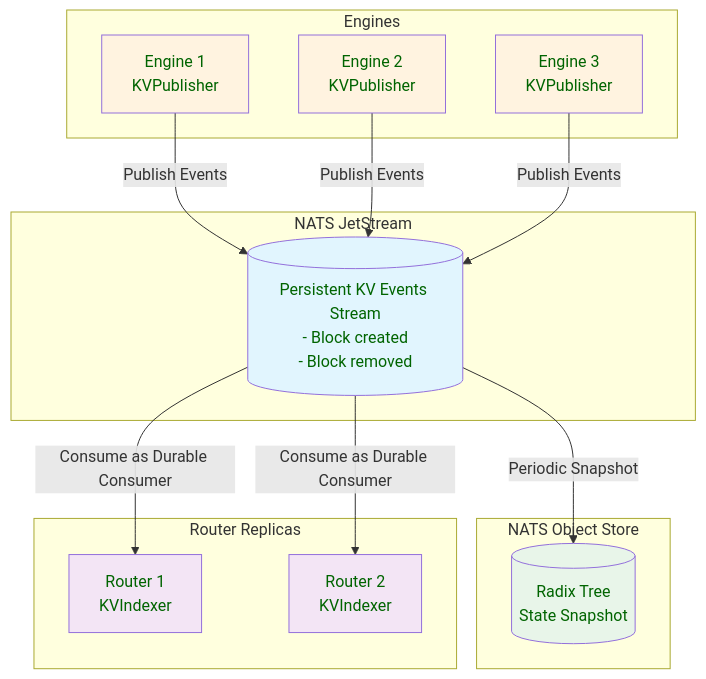
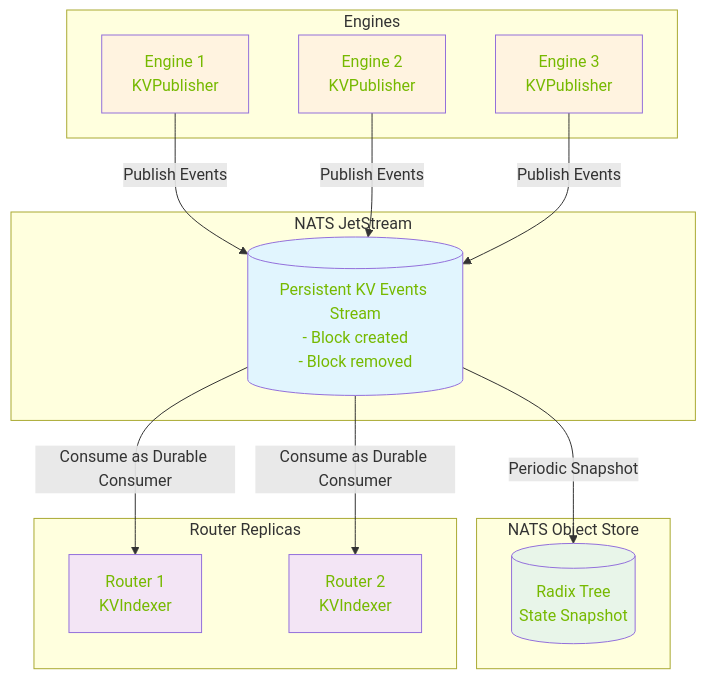
The first of 2 diagrams in docs/architecture/kv_cache_routing.md (ai-dynamo/dynamo), drawn with Mermaid before and after one commit.

Commit message:
nvidia green

````diff
--- a/docs/architecture/kv_cache_routing.md
+++ b/docs/architecture/kv_cache_routing.md
@@ -45,37 +45,37 @@
 ```mermaid
 graph TD
     subgraph Engines
         E1[Engine 1<br/>KVPublisher]
         E2[Engine 2<br/>KVPublisher]
         E3[Engine 3<br/>KVPublisher]
     end
 
     subgraph "NATS JetStream"
         JS[(Persistent KV Events Stream<br/>- Block created<br/>- Block removed)]
     end
 
     subgraph "NATS Object Store"
         OS[(Radix Tree<br/>State Snapshot)]
     end
 
     subgraph "Router Replicas"
         R1[Router 1<br/>KVIndexer]
         R2[Router 2<br/>KVIndexer]
     end
 
     E1 -->|Publish Events| JS
     E2 -->|Publish Events| JS
     E3 -->|Publish Events| JS
 
     JS -->|Consume as Durable Consumer| R1
     JS -->|Consume as Durable Consumer| R2
     JS -->|Periodic Snapshot| OS
 
-    style JS fill:#e1f5fe,color:#006400
-    style OS fill:#e8f5e9,color:#006400
-    style E1 fill:#fff3e0,color:#006400
-    style E2 fill:#fff3e0,color:#006400
-    style E3 fill:#fff3e0,color:#006400
-    style R1 fill:#f3e5f5,color:#006400
-    style R2 fill:#f3e5f5,color:#006400
+    style JS fill:#e1f5fe,color:#76b900
+    style OS fill:#e8f5e9,color:#76b900
+    style E1 fill:#fff3e0,color:#76b900
+    style E2 fill:#fff3e0,color:#76b900
+    style E3 fill:#fff3e0,color:#76b900
+    style R1 fill:#f3e5f5,color:#76b900
+    style R2 fill:#f3e5f5,color:#76b900
 ```
````
